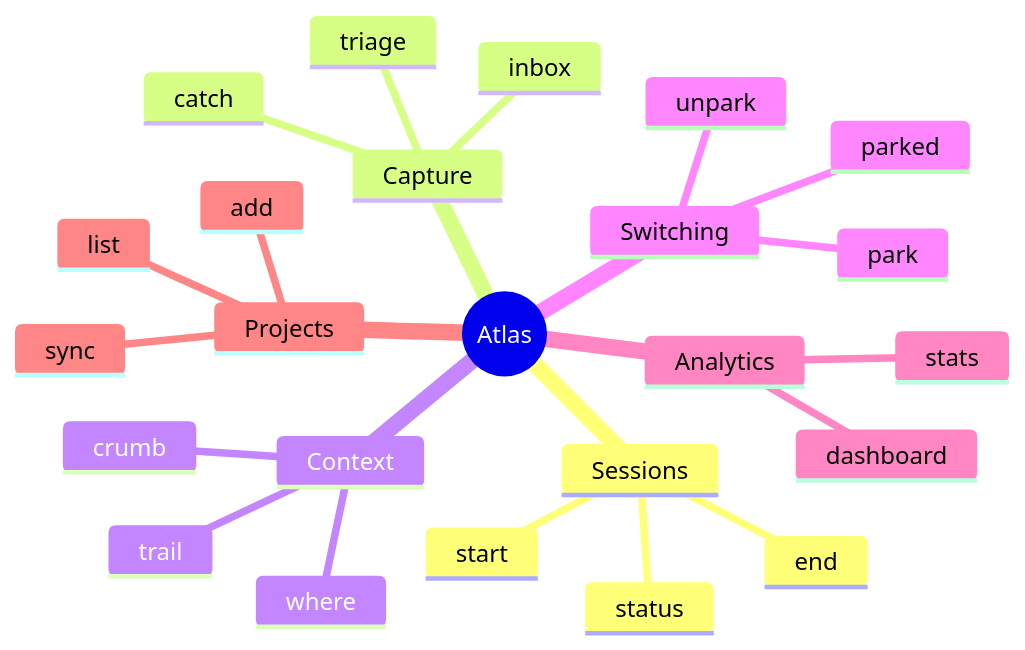
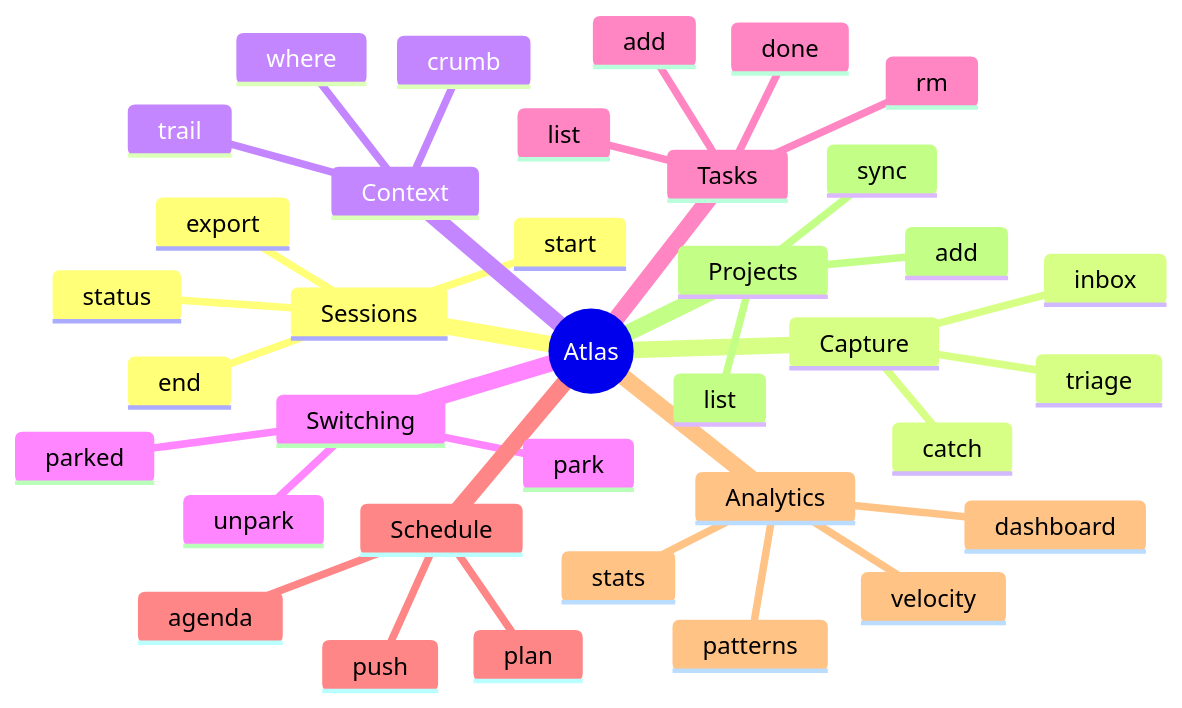
Before and after one commit to Data-Wise/atlas: diagram 13 of 13 in docs/WORKFLOWS.md, drawn with Mermaid. The commit also changed other lines of this file and 1 other file, not shown here.

````diff
--- a/docs/WORKFLOWS.md
+++ b/docs/WORKFLOWS.md
@@ -609,27 +694,39 @@
 ```mermaid
 mindmap
   root((Atlas))
     Sessions
       start
       end
       status
+      export
     Capture
       catch
       inbox
       triage
     Context
       where
       crumb
       trail
     Switching
       park
       unpark
       parked
+    Tasks
+      add
+      list
+      done
+      rm
+    Schedule
+      agenda
+      plan
+      push
     Analytics
       stats
+      velocity
+      patterns
       dashboard
     Projects
       add
       list
       sync
 ```
````
